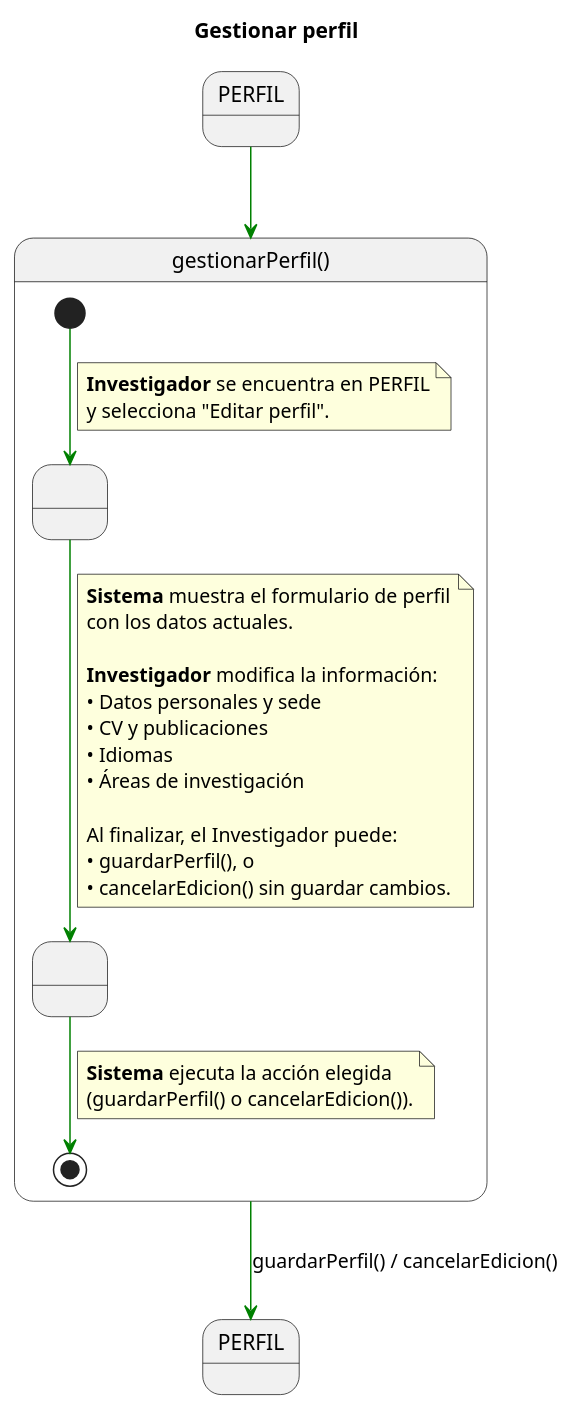
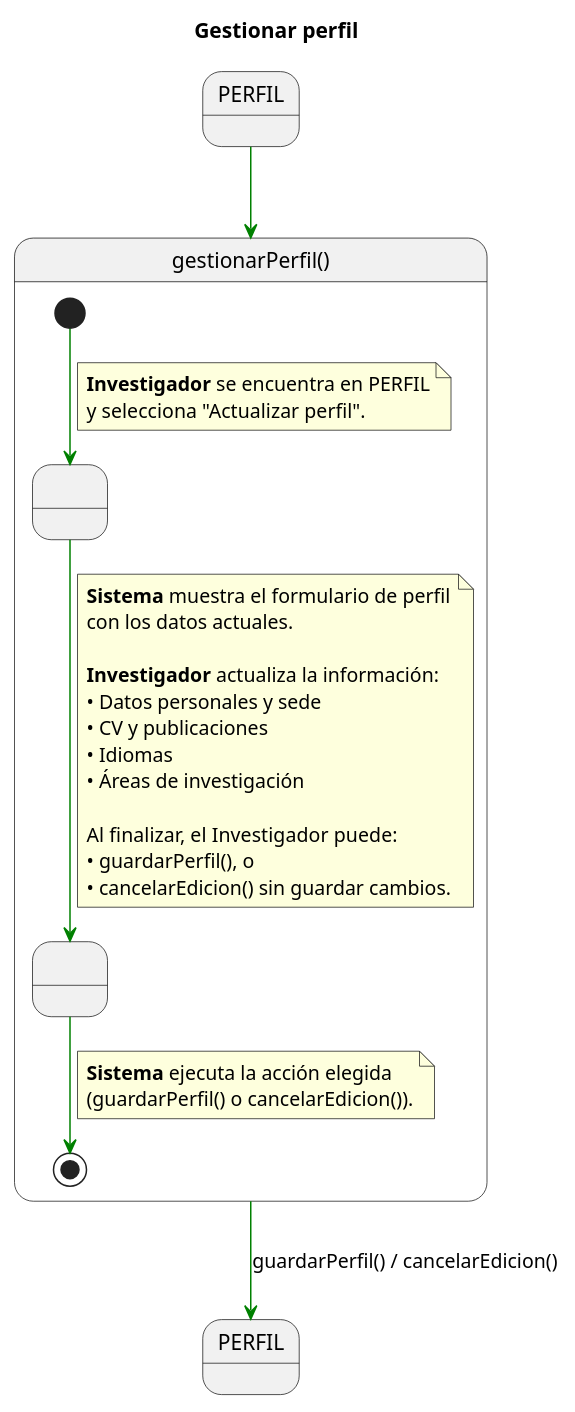
The diagram in documents/CasosDeUso/DetalladoCasosDeUso/Coordinador/gestionarPerfil().puml (31Diego/25-26-IdSw1-SdR), drawn with PlantUML before and after one commit. The commit also changed 9 other files, not shown here.

Commit message:
refactor: actualizar terminología a convención CRUD en todos los diagramas

```diff
--- a/documents/CasosDeUso/DetalladoCasosDeUso/Coordinador/gestionarPerfil().puml
+++ b/documents/CasosDeUso/DetalladoCasosDeUso/Coordinador/gestionarPerfil().puml
@@ -1,46 +1,46 @@
 @startuml GestionarPerfil
 title Gestionar perfil
 skinparam linetype polyline
 
 state PERFIL_INICIAL as "PERFIL"
 state PERFIL_FINAL   as "PERFIL"
 
 PERFIL_INICIAL -[#green]-> gestionarPerfil
 
 state gestionarPerfil as "gestionarPerfil()" {
 
-    state " " as EditarDatos
+    state " " as ActualizarDatos
     state " " as DecidirAccion
 
-    [*] -[#green]-> EditarDatos
+    [*] -[#green]-> ActualizarDatos
     note on link
     <b>Investigador</b> se encuentra en PERFIL
-    y selecciona "Editar perfil".
+    y selecciona "Actualizar perfil".
     end note
 
-    EditarDatos -[#green]-> DecidirAccion
+    ActualizarDatos -[#green]-> DecidirAccion
     note on link
     <b>Sistema</b> muestra el formulario de perfil
     con los datos actuales.
 
-    <b>Investigador</b> modifica la información:
+    <b>Investigador</b> actualiza la información:
     • Datos personales y sede
     • CV y publicaciones
     • Idiomas
     • Áreas de investigación
 
     Al finalizar, el Investigador puede:
     • guardarPerfil(), o
     • cancelarEdicion() sin guardar cambios.
     end note
 
     DecidirAccion -[#green]-> [*]
     note on link
     <b>Sistema</b> ejecuta la acción elegida
     (guardarPerfil() o cancelarEdicion()).
     end note
 }
 
 gestionarPerfil -[#green]-> PERFIL_FINAL : guardarPerfil() / cancelarEdicion()
 
 @enduml
```
